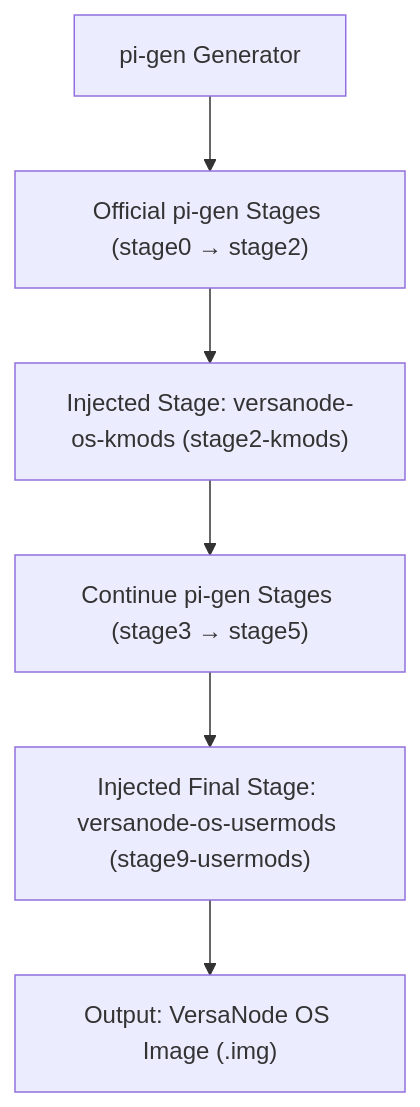
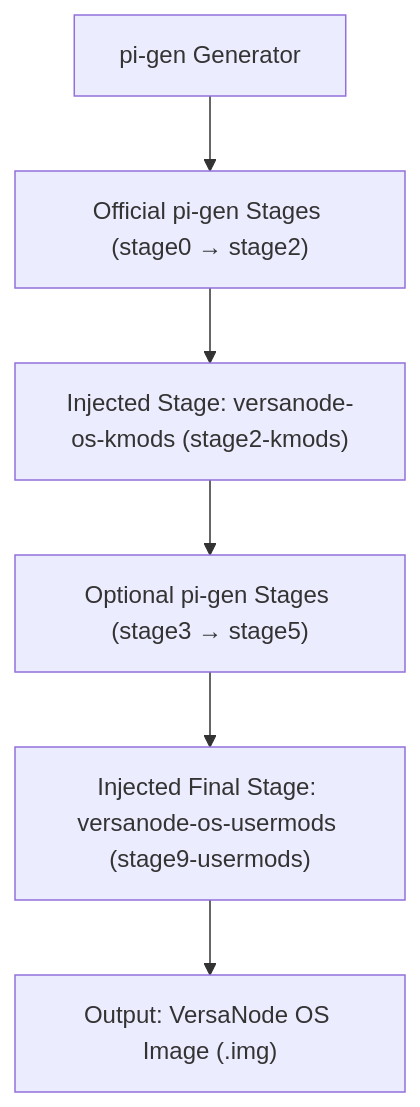
Before and after one commit to Versa-Node/versanode-os: the diagram in README.md, drawn with Mermaid. The commit also changed other lines of this file and 2 other files, not shown here.

````diff
--- a/README.md
+++ b/README.md
@@ -32,8 +34,8 @@
 ```mermaid
 flowchart TD
     A["pi-gen Generator"] --> B["Official pi-gen Stages (stage0 → stage2)"]
     B --> C["Injected Stage: versanode-os-kmods (stage2-kmods)"]
-    C --> D["Continue pi-gen Stages (stage3 → stage5)"]
+    C --> D["Optional pi-gen Stages (stage3 → stage5)"]
     D --> E["Injected Final Stage: versanode-os-usermods (stage9-usermods)"]
     E --> F["Output: VersaNode OS Image (.img)"]
 ```
````
